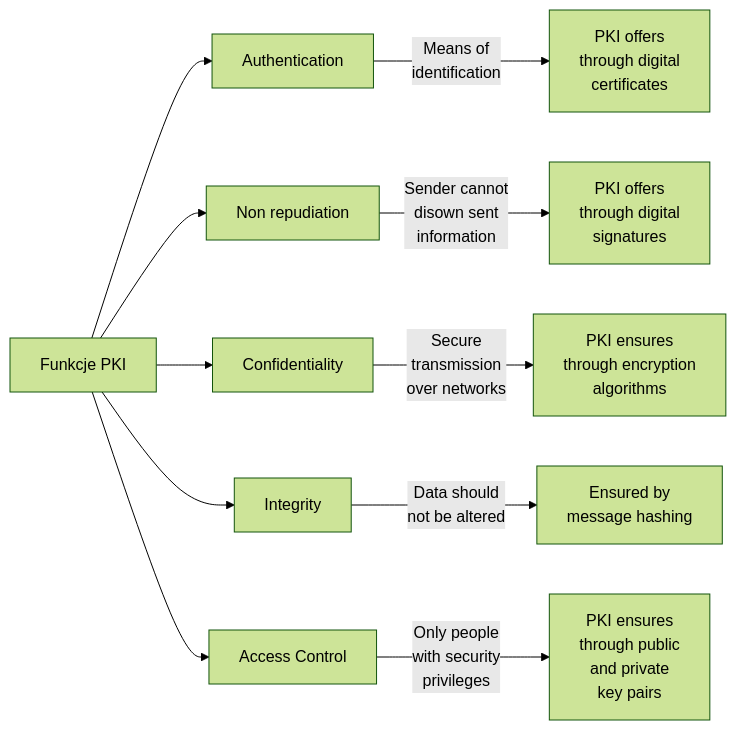
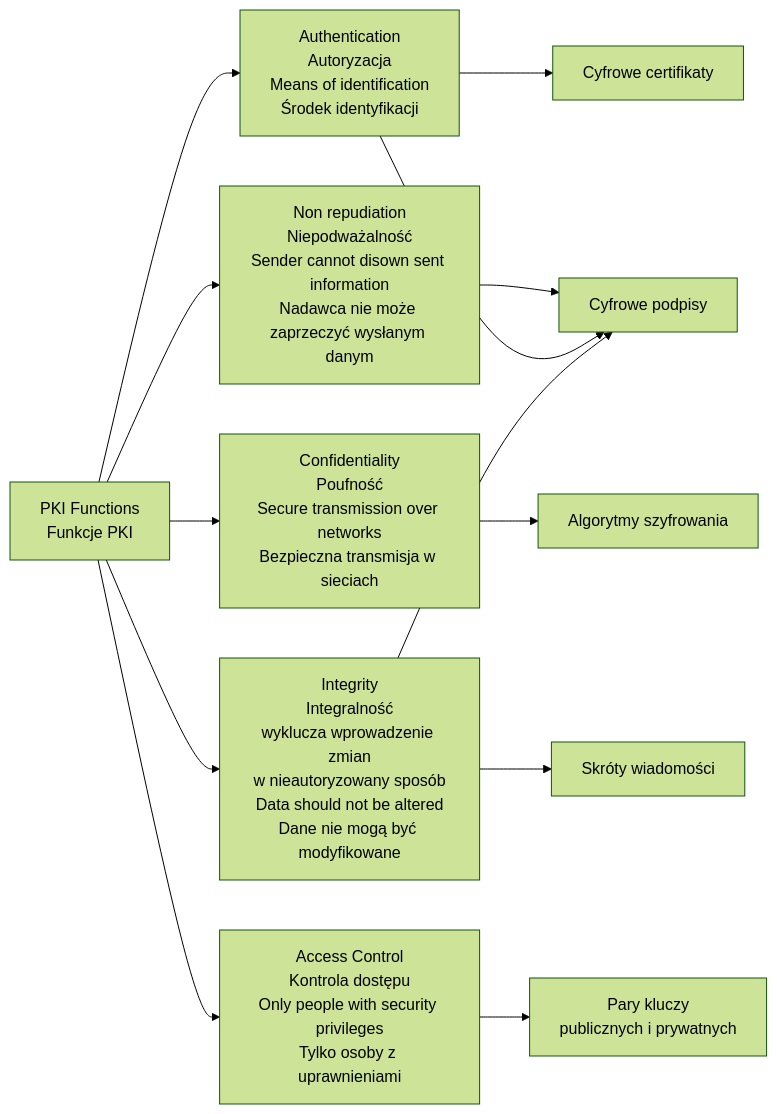
Before and after one commit to dankuc237/notatki: the first of 5 diagrams in eCPPT/Public_Key_Infrastructure.md, drawn with Mermaid (forest theme). The commit also changed other lines of this file, not shown here.

````diff
--- a/eCPPT/Public_Key_Infrastructure.md
+++ b/eCPPT/Public_Key_Infrastructure.md
@@ -27,26 +35,24 @@
 ```mermaid
 graph LR
-	funkcje_PKI[Funkcje PKI]
-    A[Authentication]
-	B[PKI offers<br>through digital<br>certificates]
-    C[Non repudiation]
-	D[PKI offers<br>through digital<br>signatures]
-    E[Confidentiality]
-	F[PKI ensures<br>through encryption<br>algorithms]
-    G[Integrity]
-	H[Ensured by<br>message hashing]
-    I[Access Control]
-	J[PKI ensures<br>through public<br>and private<br>key pairs]
+	funkcje_PKI[PKI Functions<br>Funkcje PKI]
+    A[Authentication<br>Autoryzacja<br>Means of identification<br>Środek identyfikacji]
+    C[Non repudiation<br>Niepodważalność<br>Sender cannot disown sent information<br>Nadawca nie może zaprzeczyć wysłanym danym]
+    E[Confidentiality<br>Poufność<br>Secure transmission over networks<br>Bezpieczna transmisja w sieciach]
+    G[Integrity<br>Integralność<br>wyklucza wprowadzenie zmian<br>w nieautoryzowany sposób<br>Data should not be altered<br>Dane nie mogą być modyfikowane]
+    I[Access Control<br>Kontrola dostępu<br>Only people with security privileges<br>Tylko osoby z uprawnieniami]
 
-    funkcje_PKI --> A
-    funkcje_PKI --> C
-    funkcje_PKI --> E
-    funkcje_PKI --> G
-    funkcje_PKI --> I
-    A -- "Means of<br>identification" --> B
-    C -- "Sender cannot<br>disown sent<br>information" --> D
-	E -- "Secure<br>transmission<br>over networks" --> F
-    G -- "Data should<br>not be altered" --> H
-    I -- "Only people<br>with security<br>privileges" --> J
+	B[Cyfrowe certifikaty]
+	D[Cyfrowe podpisy]
+	F[Algorytmy szyfrowania]
+	H[Skróty wiadomości]
+	J[Pary kluczy<br>publicznych i prywatnych]
 
+    funkcje_PKI --> A --> B
+    funkcje_PKI --> C --> D
+    funkcje_PKI --> E --> F
+    funkcje_PKI --> G --> H
+    funkcje_PKI --> I --> J
+
+	A --> D
+	G --> D
 ```
````
